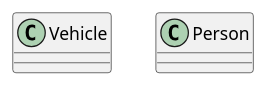
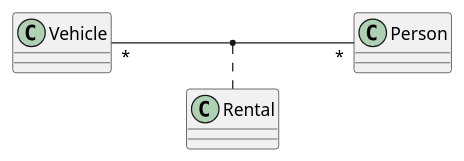
The fourth of 4 diagrams in asciidocs/docs/index.adoc (2425-4bhitm-sew/2425-4bhitm-sew-lecture-notes), drawn with PlantUML before and after one commit. The commit also changed other lines of this file, not shown here.

Commit message:
lecture notes 2024-12-19

```diff
--- a/asciidocs/docs/index.adoc
+++ b/asciidocs/docs/index.adoc
@@ -473,12 +472,19 @@
 [plantuml,cld-vehicle-rental,png]
 ----
 @startuml
+left to right direction
 class Vehicle {
 }
 
 class Person {
 }
 
+class Rental {
+}
+
+Vehicle "*" -- "*" Person
+(Vehicle, Person) .. Rental
+
 
 @enduml
 ----
```
